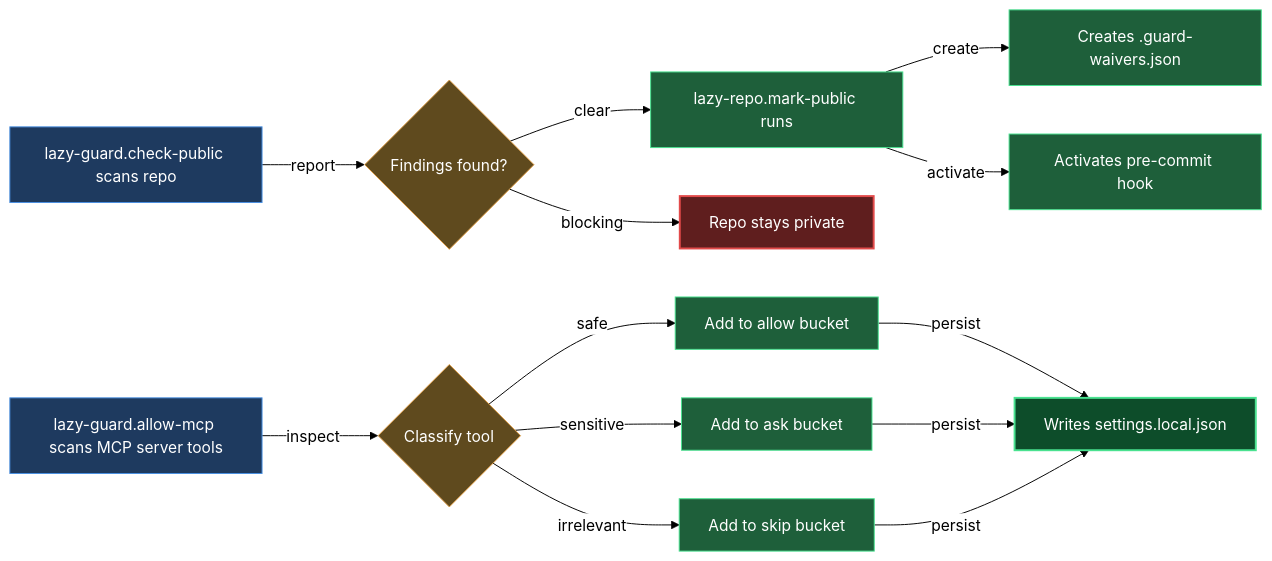
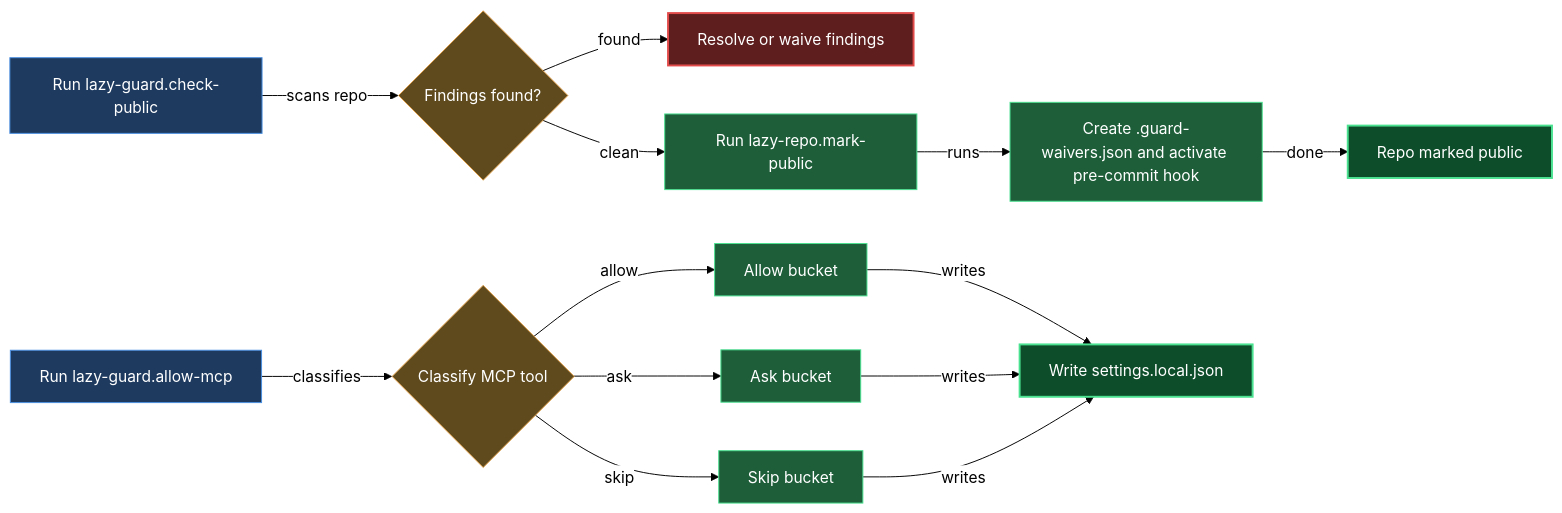
One commit to mebius-san/lazy-cortex changed the diagram in claude/lazycortex-core/help/guardian.md. Above: the diagram before and after it, drawn with Mermaid. The commit also changed other lines of this file and 28 other files, not shown here.

````diff
--- a/claude/lazycortex-core/help/guardian.md
+++ b/claude/lazycortex-core/help/guardian.md
@@ -60,48 +60,48 @@
 ```mermaid
 %%{init: {'themeVariables':{'background':'transparent','lineColor':'#000','textColor':'#000','edgeLabelBackground':'#fff'},'themeCSS':'.edgeLabel{background-color:transparent!important}.edgeLabel p{background-color:transparent!important}','flowchart':{'diagramPadding':5,'useMaxWidth':true}}}%%
 flowchart LR
-  checkPublicScan[lazy-guard.check-public scans repo]
-  findingsFound{Findings found?}
-  markPublicWorkflow[lazy-repo.mark-public runs]
-  writeWaiversFile[Creates .guard-waivers.json]
-  activatePreCommitHook[Activates pre-commit hook]
-  repoStaysPrivate[Repo stays private]
-  allowMcpScan[lazy-guard.allow-mcp scans MCP server tools]
-  classifyToolBuckets{Classify tool}
-  addToAllowBucket[Add to allow bucket]
-  addToAskBucket[Add to ask bucket]
-  addToSkipBucket[Add to skip bucket]
-  writeSettingsLocal[Writes settings.local.json]
+  checkPublicScan[Run lazy-guard.check-public]
+  findingsExist{Findings found?}
+  resolveFindings[Resolve or waive findings]
+  markPublicRun[Run lazy-repo.mark-public]
+  createWaiversAndHook[Create .guard-waivers.json and activate pre-commit hook]
+  repoPublic[Repo marked public]
+  allowMcpClassify[Run lazy-guard.allow-mcp]
+  classifyMcpTool{Classify MCP tool}
+  allowBucket[Allow bucket]
+  askBucket[Ask bucket]
+  skipBucket[Skip bucket]
+  writeSettingsLocal[Write settings.local.json]
 
-  checkPublicScan -->|report| findingsFound
-  findingsFound -->|clear| markPublicWorkflow
-  findingsFound -->|blocking| repoStaysPrivate
-  markPublicWorkflow -->|create| writeWaiversFile
-  markPublicWorkflow -->|activate| activatePreCommitHook
-  allowMcpScan -->|inspect| classifyToolBuckets
-  classifyToolBuckets -->|safe| addToAllowBucket
-  classifyToolBuckets -->|sensitive| addToAskBucket
-  classifyToolBuckets -->|irrelevant| addToSkipBucket
-  addToAllowBucket -->|persist| writeSettingsLocal
-  addToAskBucket -->|persist| writeSettingsLocal
-  addToSkipBucket -->|persist| writeSettingsLocal
+  checkPublicScan -->|scans repo| findingsExist
+  findingsExist -->|clean| markPublicRun
+  findingsExist -->|found| resolveFindings
+  markPublicRun -->|runs| createWaiversAndHook
+  createWaiversAndHook -->|done| repoPublic
+  allowMcpClassify -->|classifies| classifyMcpTool
+  classifyMcpTool -->|allow| allowBucket
+  classifyMcpTool -->|ask| askBucket
+  classifyMcpTool -->|skip| skipBucket
+  allowBucket -->|writes| writeSettingsLocal
+  askBucket -->|writes| writeSettingsLocal
+  skipBucket -->|writes| writeSettingsLocal
 
   classDef entry fill:#1e3a5f,stroke:#4a90e2,color:#fff
   classDef guard fill:#5f4a1e,stroke:#e2a14a,color:#fff
   classDef action fill:#1e5f3a,stroke:#4ae290,color:#fff
   classDef success fill:#0d4d2a,stroke:#4ae290,color:#fff,stroke-width:2px
   classDef error fill:#5f1e1e,stroke:#e24a4a,color:#fff,stroke-width:2px
 
   class checkPublicScan entry
-  class allowMcpScan entry
-  class findingsFound guard
-  class classifyToolBuckets guard
-  class markPublicWorkflow action
-  class writeWaiversFile action
-  class activatePreCommitHook action
-  class addToAllowBucket action
-  class addToAskBucket action
-  class addToSkipBucket action
+  class allowMcpClassify entry
+  class findingsExist guard
+  class classifyMcpTool guard
+  class markPublicRun action
+  class createWaiversAndHook action
+  class allowBucket action
+  class askBucket action
+  class skipBucket action
+  class repoPublic success
   class writeSettingsLocal success
-  class repoStaysPrivate error
+  class resolveFindings error
 ```
````
